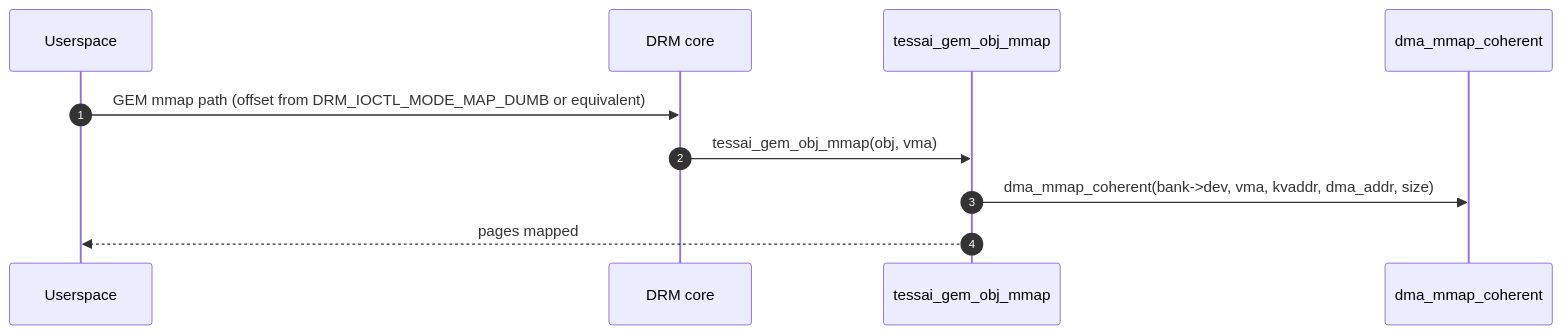
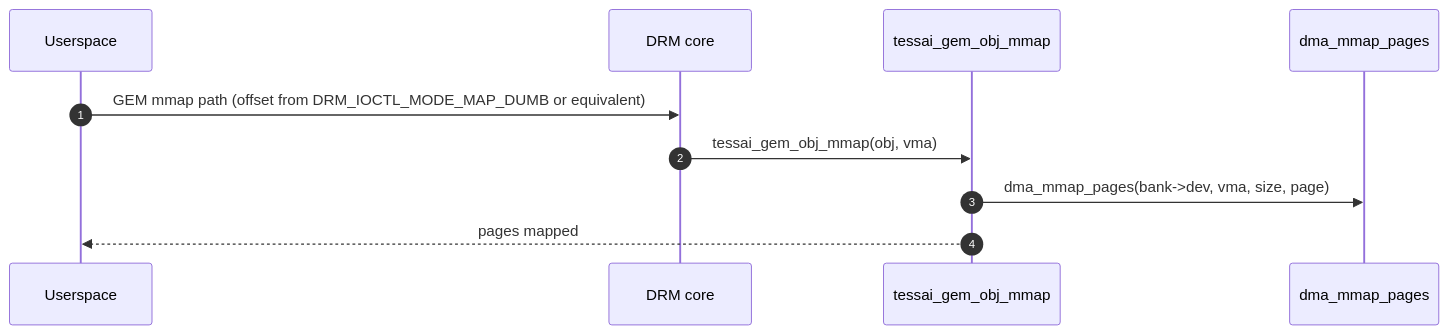
One commit to Xilinx/amdrnpu changed the fourth of 6 diagrams in docs/buffer-management.md. Above: the diagram before and after it, drawn with Mermaid. The commit also changed other lines of this file and 4 other files, not shown here.

````diff
--- a/docs/buffer-management.md
+++ b/docs/buffer-management.md
@@ -121,13 +157,13 @@
 ```mermaid
 sequenceDiagram
     autonumber
     participant U as Userspace
     participant DRM as DRM core
     participant K as tessai_gem_obj_mmap
-    participant DMA as dma_mmap_coherent
+    participant DMA as dma_mmap_pages
 
     U->>DRM: GEM mmap path (offset from DRM_IOCTL_MODE_MAP_DUMB or equivalent)
     DRM->>K: tessai_gem_obj_mmap(obj, vma)
-    K->>DMA: dma_mmap_coherent(bank->dev, vma, kvaddr, dma_addr, size)
+    K->>DMA: dma_mmap_pages(bank->dev, vma, size, page)
     K-->>U: pages mapped
 ```
````
